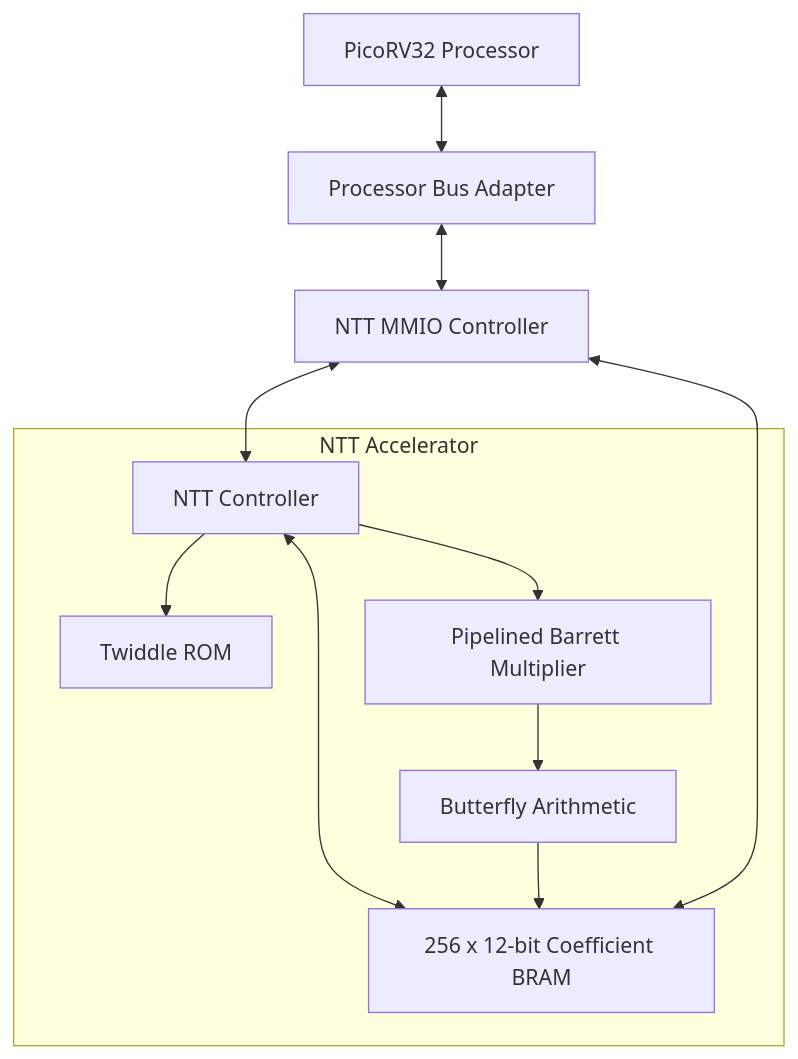
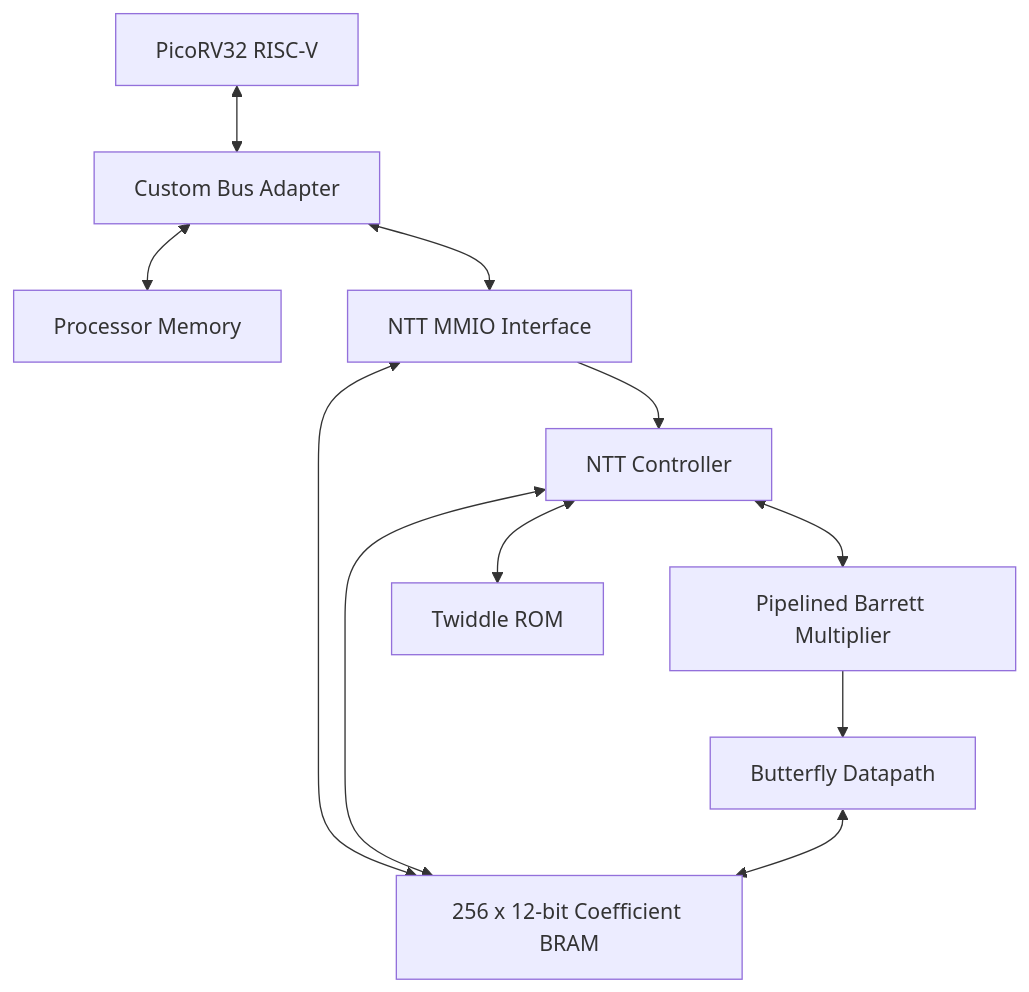
Before and after one commit to Harshima-Joshi15/riscv-ntt-accelerator: the diagram in README.md, drawn with Mermaid. The commit also changed other lines of this file, not shown here.

````diff
--- a/README.md
+++ b/README.md
@@ -41,24 +35,23 @@
 ```mermaid
 flowchart TB
-    CPU["PicoRV32 Processor"]
-    BUS["Processor Bus Adapter"]
-    MMIO["NTT MMIO Controller"]
-
-    subgraph NTT["NTT Accelerator"]
-        CTRL["NTT Controller"]
-        BRAM["256 x 12-bit Coefficient BRAM"]
-        ROM["Twiddle ROM"]
-        MULT["Pipelined Barrett Multiplier"]
-        BF["Butterfly Arithmetic"]
-        CTRL <--> BRAM
-        CTRL --> ROM
-        CTRL --> MULT
-        MULT --> BF
-        BF --> BRAM
-    end
+    CPU["PicoRV32 RISC-V"]
+    BUS["Custom Bus Adapter"]
+    MEM["Processor Memory"]
+    MMIO["NTT MMIO Interface"]
+    BRAM["256 x 12-bit Coefficient BRAM"]
+    CTRL["NTT Controller"]
+    ROM["Twiddle ROM"]
+    MULT["Pipelined Barrett Multiplier"]
+    BF["Butterfly Datapath"]
 
     CPU <--> BUS
+    BUS <--> MEM
     BUS <--> MMIO
     MMIO <--> BRAM
-    MMIO <--> CTRL
+    MMIO --> CTRL
+    CTRL <--> BRAM
+    CTRL <--> ROM
+    CTRL <--> MULT
+    MULT --> BF
+    BF <--> BRAM
 ```
````
